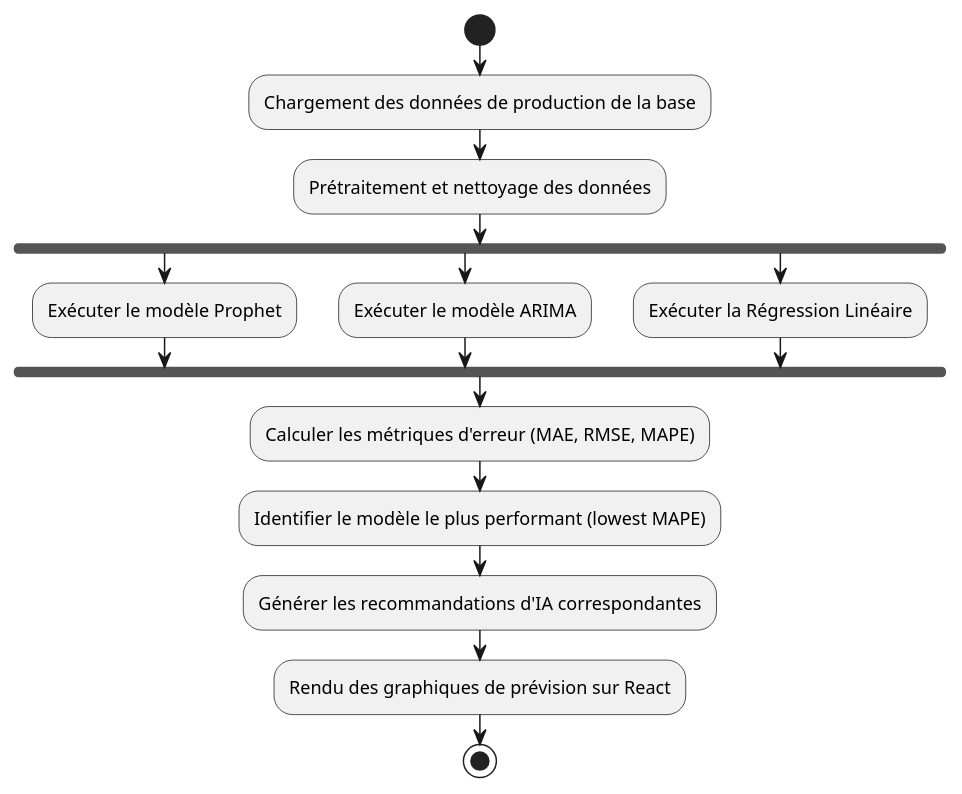
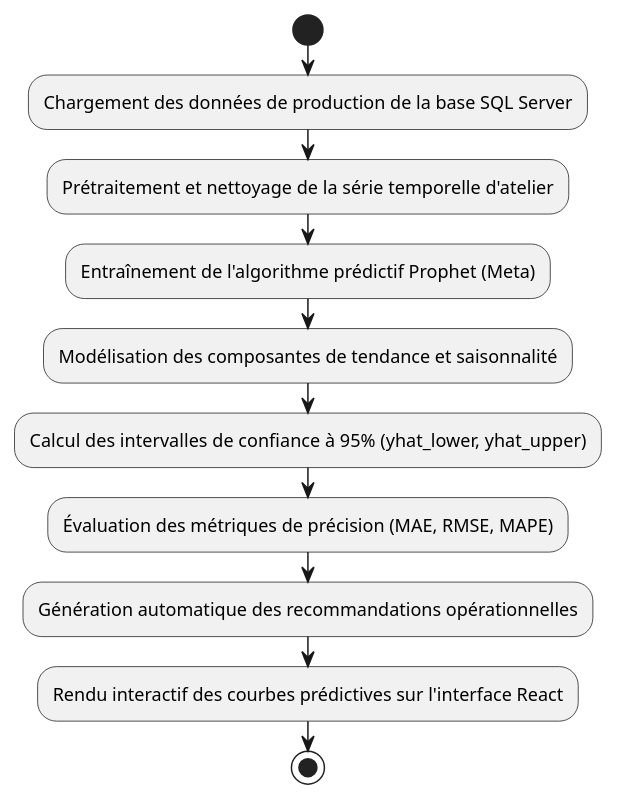
The diagram in Rapport/diagrams/sprint4_activity.puml (ayoubmek/PFE_data_science), drawn with PlantUML before and after one commit. The commit also changed 34 other files, not shown here.

```diff
--- a/Rapport/diagrams/sprint4_activity.puml
+++ b/Rapport/diagrams/sprint4_activity.puml
@@ -1,17 +1,12 @@
 @startuml sprint4_activity
 start
-:Chargement des données de production de la base;
-:Prétraitement et nettoyage des données;
-fork
-    :Exécuter le modèle Prophet;
-fork again
-    :Exécuter le modèle ARIMA;
-fork again
-    :Exécuter la Régression Linéaire;
-end fork
-:Calculer les métriques d'erreur (MAE, RMSE, MAPE);
-:Identifier le modèle le plus performant (lowest MAPE);
-:Générer les recommandations d'IA correspondantes;
-:Rendu des graphiques de prévision sur React;
+:Chargement des données de production de la base SQL Server;
+:Prétraitement et nettoyage de la série temporelle d'atelier;
+:Entraînement de l'algorithme prédictif Prophet (Meta);
+:Modélisation des composantes de tendance et saisonnalité;
+:Calcul des intervalles de confiance à 95% (yhat_lower, yhat_upper);
+:Évaluation des métriques de précision (MAE, RMSE, MAPE);
+:Génération automatique des recommandations opérationnelles;
+:Rendu interactif des courbes prédictives sur l'interface React;
 stop
 @enduml
```
